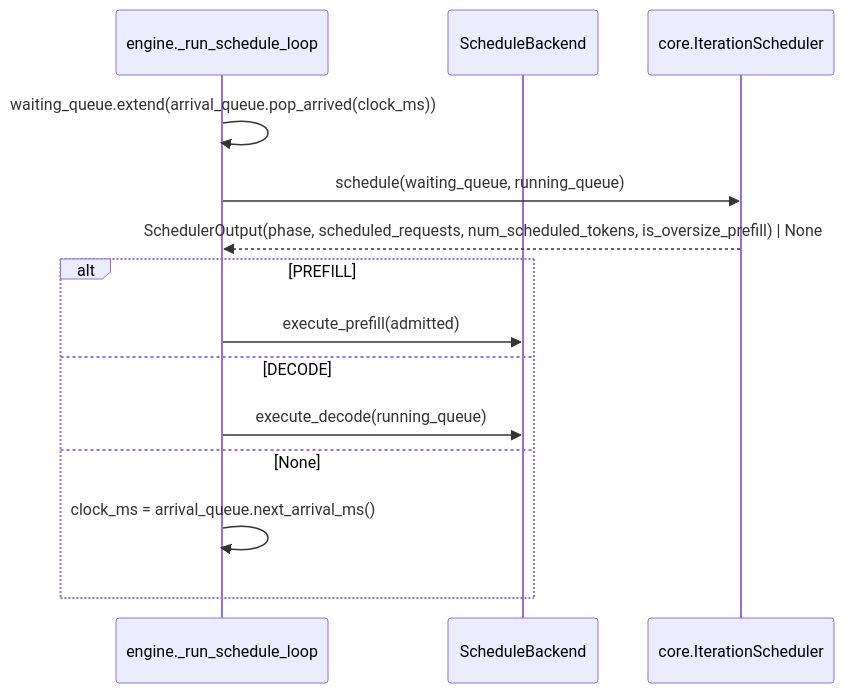
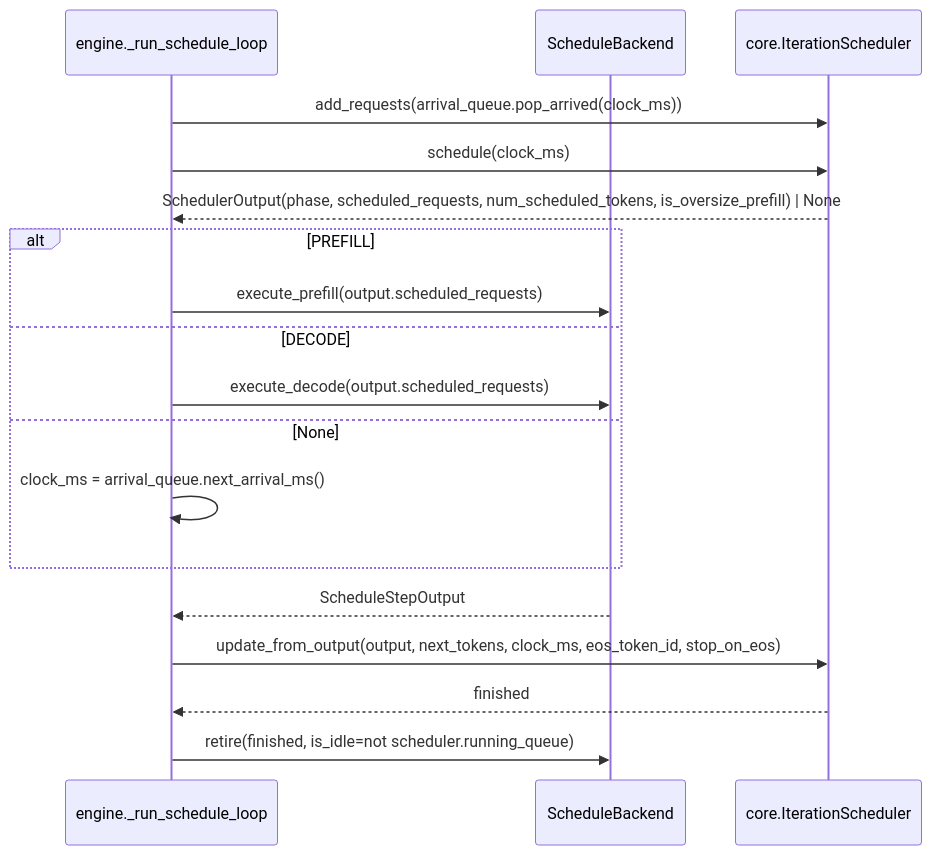
The diagram in docs/architecture/iteration-scheduling.md (yurun00/mini-infra-qwen3), drawn with Mermaid before and after one commit. The commit also changed other lines of this file and 6 other files, not shown here.

Commit message:
refactor: refactor iteration scheduler and schedule backends for cleaner execution flow

````diff
--- a/docs/architecture/iteration-scheduling.md
+++ b/docs/architecture/iteration-scheduling.md
@@ -27,16 +27,20 @@
 ```mermaid
 sequenceDiagram
     participant L as engine._run_schedule_loop
     participant B as ScheduleBackend
     participant S as core.IterationScheduler
-    L->>L: waiting_queue.extend(arrival_queue.pop_arrived(clock_ms))
-    L->>S: schedule(waiting_queue, running_queue)
+    L->>S: add_requests(arrival_queue.pop_arrived(clock_ms))
+    L->>S: schedule(clock_ms)
     S-->>L: SchedulerOutput(phase, scheduled_requests, num_scheduled_tokens, is_oversize_prefill) | None
     alt PREFILL
-        L->>B: execute_prefill(admitted)
+        L->>B: execute_prefill(output.scheduled_requests)
     else DECODE
-        L->>B: execute_decode(running_queue)
+        L->>B: execute_decode(output.scheduled_requests)
     else None
         L->>L: clock_ms = arrival_queue.next_arrival_ms()
     end
+    B-->>L: ScheduleStepOutput
+    L->>S: update_from_output(output, next_tokens, clock_ms, eos_token_id, stop_on_eos)
+    S-->>L: finished
+    L->>B: retire(finished, is_idle=not scheduler.running_queue)
 ```
````
